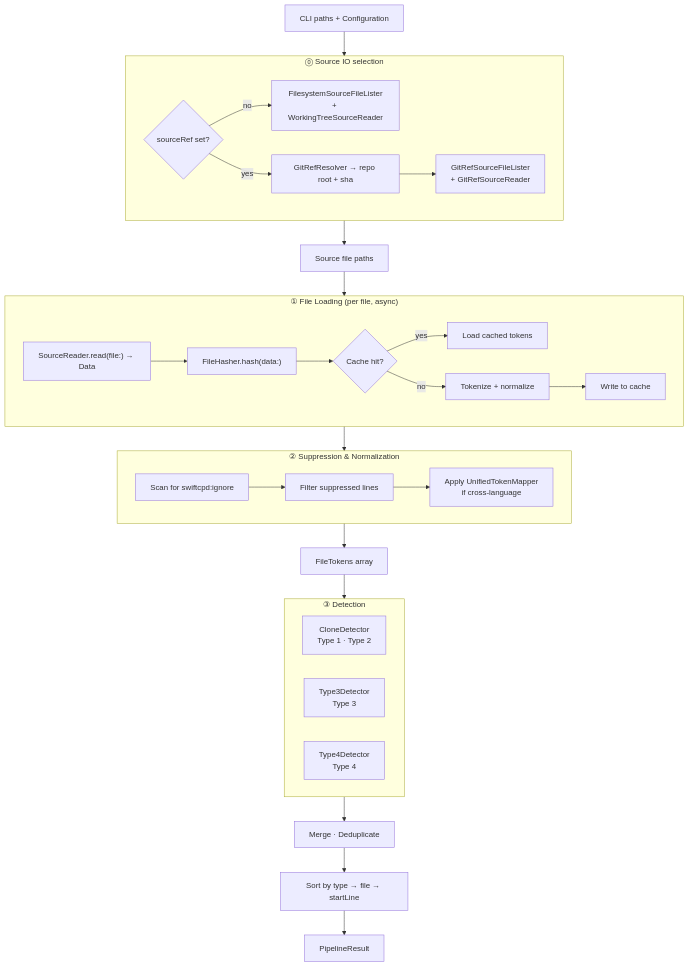
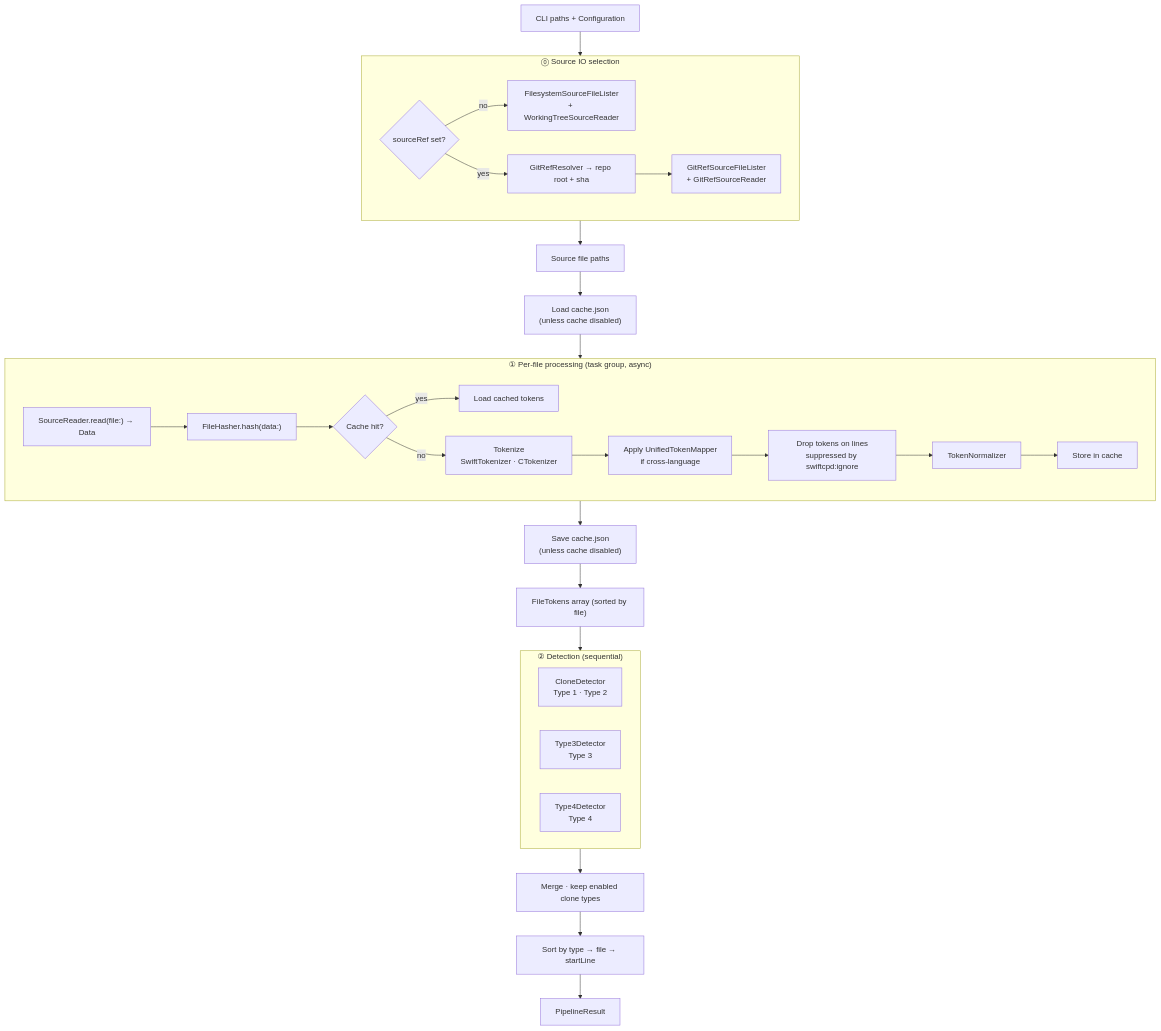
One commit to ericodx/swift-cpd changed the diagram in Docs/Architecture/02-pipeline.md. Above: the diagram before and after it, drawn with Mermaid. The commit also changed other lines of this file, not shown here.

Commit message:
docs: fix the per-file stage order, git commands and concurrency in the pipeline architecture

````diff
--- a/Docs/Architecture/02-pipeline.md
+++ b/Docs/Architecture/02-pipeline.md
@@ -11,43 +11,41 @@
 ```mermaid
 flowchart TD
     A["CLI paths + Configuration"] --> SIO
 
     subgraph SIO["⓪ Source IO selection"]
         SIO1{sourceRef set?}
         SIO1 -- no --> SIO2["FilesystemSourceFileLister<br/>+ WorkingTreeSourceReader"]
         SIO1 -- yes --> SIO3["GitRefResolver → repo root + sha"]
         SIO3 --> SIO4["GitRefSourceFileLister<br/>+ GitRefSourceReader"]
     end
 
     SIO --> A1[Source file paths]
-    A1 --> B
+    A1 --> L["Load cache.json<br/>(unless cache disabled)"]
+    L --> B
 
-    subgraph B["① File Loading (per file, async)"]
+    subgraph B["① Per-file processing (task group, async)"]
         B1["SourceReader.read(file:) → Data"] --> B2["FileHasher.hash(data:)"]
         B2 --> B3{Cache hit?}
         B3 -- yes --> B4[Load cached tokens]
-        B3 -- no --> B5[Tokenize + normalize]
-        B5 --> B6[Write to cache]
+        B3 -- no --> B5["Tokenize<br/>SwiftTokenizer · CTokenizer"]
+        B5 --> B6[Apply UnifiedTokenMapper<br/>if cross-language]
+        B6 --> B7[Drop tokens on lines<br/>suppressed by swiftcpd:ignore]
+        B7 --> B8[TokenNormalizer]
+        B8 --> B9[Store in cache]
     end
 
-    B --> C
-
-    subgraph C["② Suppression & Normalization"]
-        C1[Scan for swiftcpd:ignore] --> C2[Filter suppressed lines]
-        C2 --> C3[Apply UnifiedTokenMapper<br/>if cross-language]
-    end
-
-    C --> D[FileTokens array]
+    B --> S["Save cache.json<br/>(unless cache disabled)"]
+    S --> D["FileTokens array (sorted by file)"]
 
     D --> E
 
-    subgraph E["③ Detection"]
+    subgraph E["② Detection (sequential)"]
         E1[CloneDetector<br/>Type 1 · Type 2]
         E2[Type3Detector<br/>Type 3]
         E3[Type4Detector<br/>Type 4]
     end
 
-    E --> F[Merge · Deduplicate]
+    E --> F[Merge · keep enabled clone types]
     F --> G["Sort by type → file → startLine"]
     G --> H[PipelineResult]
 ```
````
